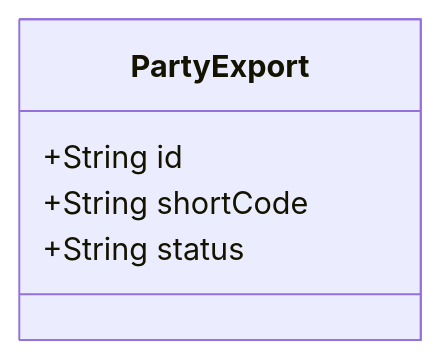
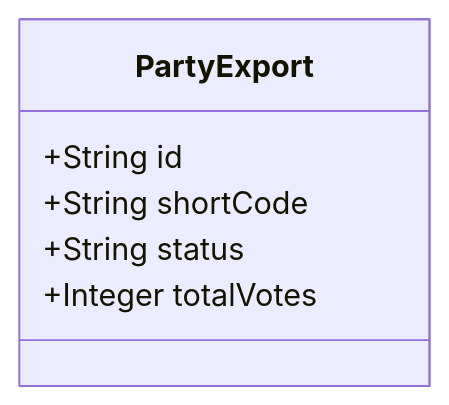
Before and after one commit to Hack23/cia: the diagram in json-export-specs/schemas/party-schema-validated.md, drawn with Mermaid. The commit also changed other lines of this file and 4 other files, not shown here.

First line of the commit message:
fix: align validated schemas and FIELD_MAPPING.md with validator output (round 3)

````diff
--- a/json-export-specs/schemas/party-schema-validated.md
+++ b/json-export-specs/schemas/party-schema-validated.md
@@ -19,8 +19,9 @@
 ```mermaid
 classDiagram
     class PartyExport {
         +String id
         +String shortCode
         +String status
+        +Integer totalVotes
     }
 ```
````
